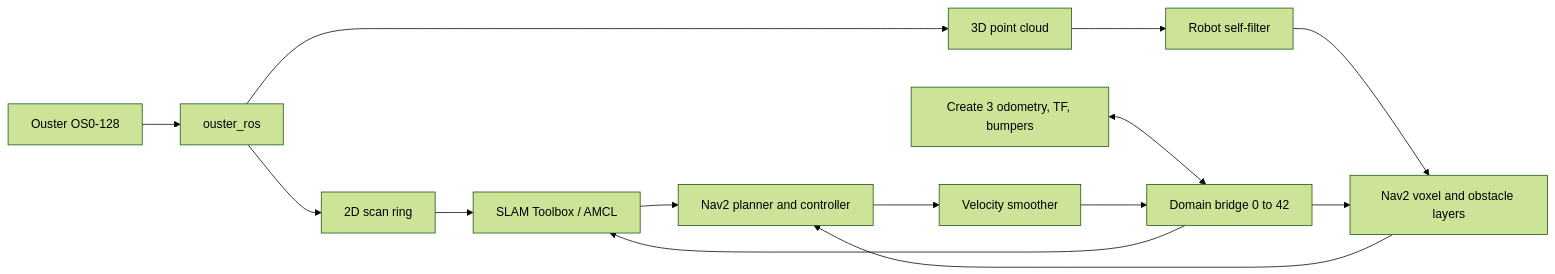
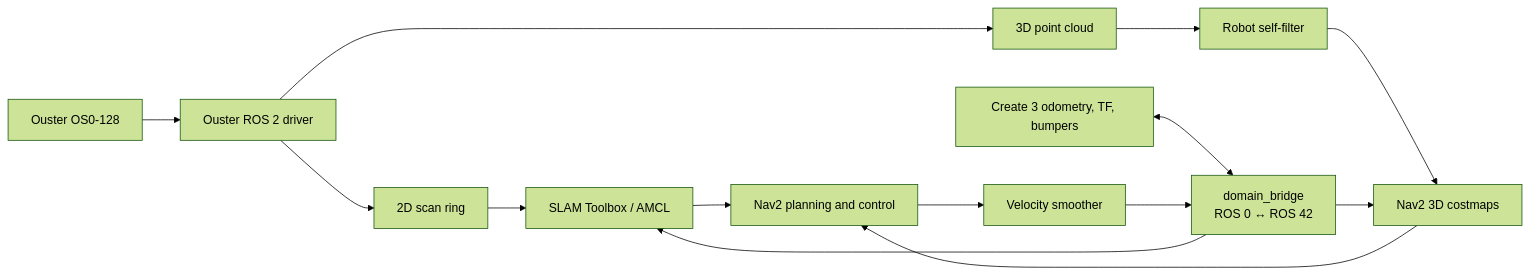
One commit to Robin-Lange/TurtleBot4Lite_OusterOS0 changed the diagram in README.md. Above: the diagram before and after it, drawn with Mermaid (forest theme). The commit also changed other lines of this file, not shown here.

````diff
--- a/README.md
+++ b/README.md
@@ -23,16 +22,16 @@
 ```mermaid
 flowchart LR
-    OS0[Ouster OS0-128] --> Driver[ouster_ros]
+    Sensor[Ouster OS0-128] --> Driver[Ouster ROS 2 driver]
     Driver --> Scan[2D scan ring]
-    Driver --> Cloud[3D point cloud]
-    Scan --> SLAM[SLAM Toolbox / AMCL]
-    Cloud --> Filter[Robot self-filter]
-    Filter --> Costmaps[Nav2 voxel and obstacle layers]
-    Create3[Create 3 odometry, TF, bumpers] <--> Bridge[Domain bridge 0 to 42]
-    Bridge --> SLAM
+    Driver --> Points[3D point cloud]
+    Scan --> Mapping[SLAM Toolbox / AMCL]
+    Points --> Filter[Robot self-filter]
+    Filter --> Costmaps[Nav2 3D costmaps]
+    Create[Create 3 odometry, TF, bumpers] <--> Bridge[domain_bridge<br/>ROS 0 ↔ ROS 42]
+    Bridge --> Mapping
     Bridge --> Costmaps
-    SLAM --> Nav2[Nav2 planner and controller]
-    Costmaps --> Nav2
-    Nav2 --> Smoother[Velocity smoother]
+    Mapping --> Navigation[Nav2 planning and control]
+    Costmaps --> Navigation
+    Navigation --> Smoother[Velocity smoother]
     Smoother --> Bridge
 ```
````
